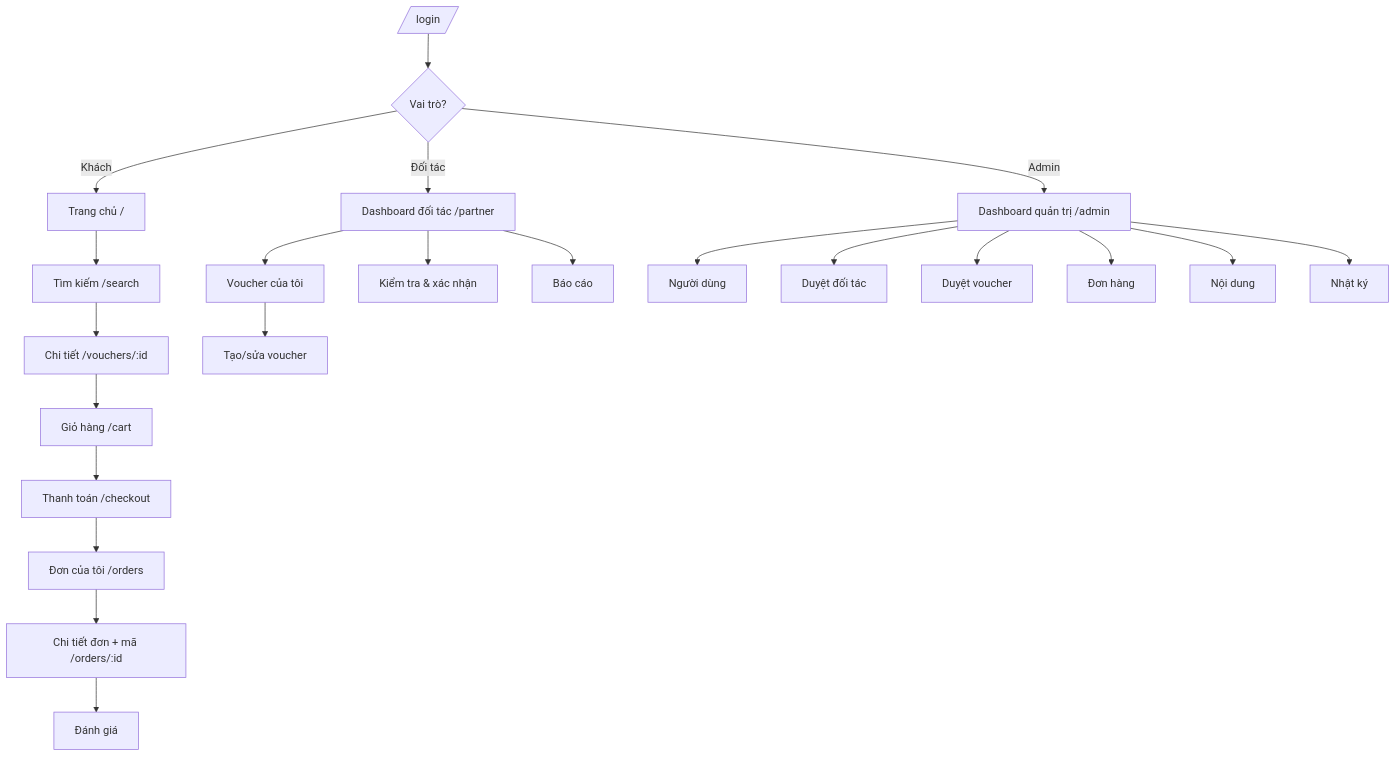
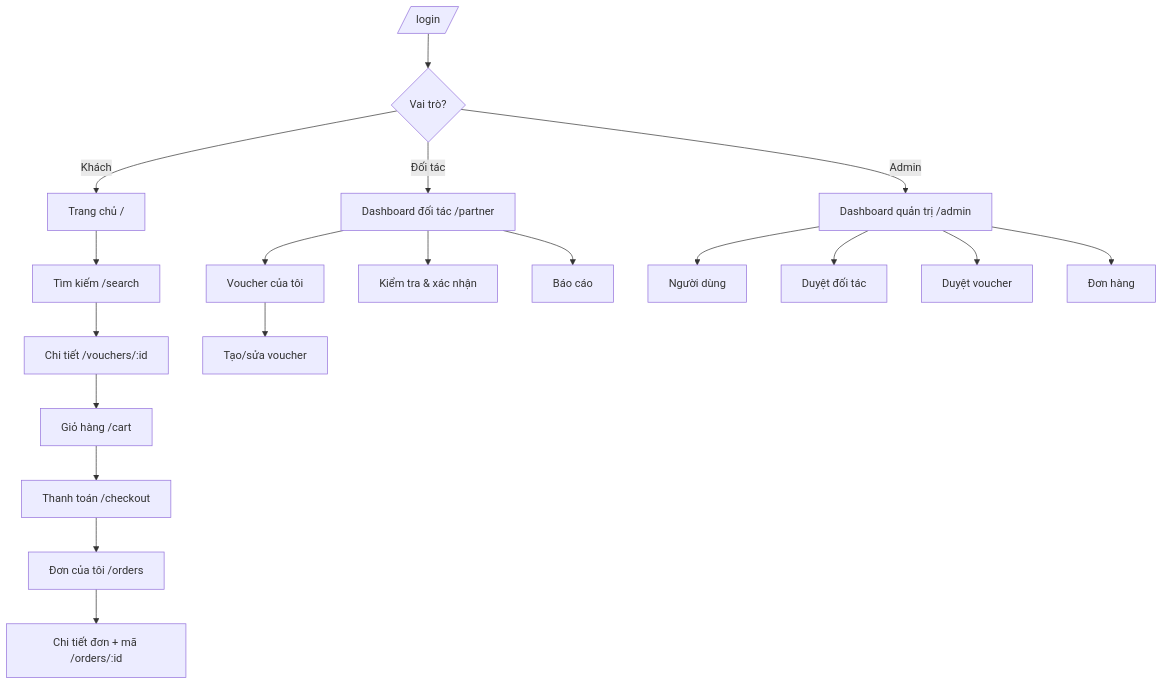
The diagram in docs/08-frontend-design/README.md (hoopyTL/EC-VoucherHub), drawn with Mermaid before and after one commit. The commit also changed other lines of this file and 119 other files, not shown here.

````diff
--- a/docs/08-frontend-design/README.md
+++ b/docs/08-frontend-design/README.md
@@ -71,27 +72,24 @@
 ```mermaid
 flowchart TD
     login[/login/] --> roleCheck{Vai trò?}
     roleCheck -->|Khách| home[Trang chủ /]
     roleCheck -->|Đối tác| pdash[Dashboard đối tác /partner]
     roleCheck -->|Admin| adash[Dashboard quản trị /admin]
 
     home --> search[Tìm kiếm /search]
     search --> detail[Chi tiết /vouchers/:id]
     detail --> cart[Giỏ hàng /cart]
     cart --> checkout[Thanh toán /checkout]
     checkout --> orders[Đơn của tôi /orders]
     orders --> orderDetail[Chi tiết đơn + mã /orders/:id]
-    orderDetail --> review[Đánh giá]
 
     pdash --> pvouchers[Voucher của tôi]
     pvouchers --> veditor[Tạo/sửa voucher]
     pdash --> redeem[Kiểm tra & xác nhận]
     pdash --> preports[Báo cáo]
 
     adash --> ausers[Người dùng]
     adash --> apartners[Duyệt đối tác]
     adash --> avouchers[Duyệt voucher]
     adash --> aorders[Đơn hàng]
-    adash --> acontent[Nội dung]
-    adash --> alogs[Nhật ký]
 ```
````
